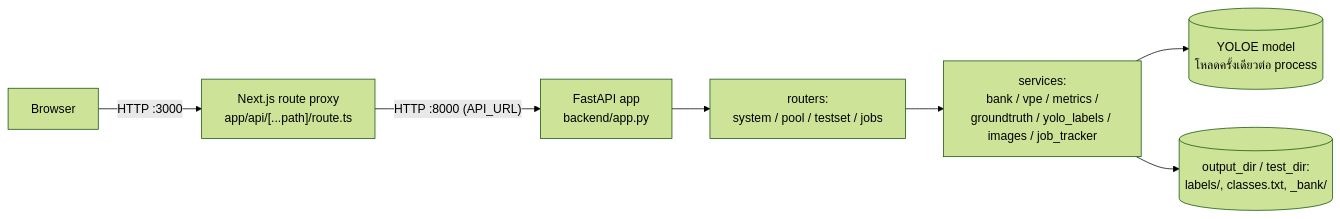
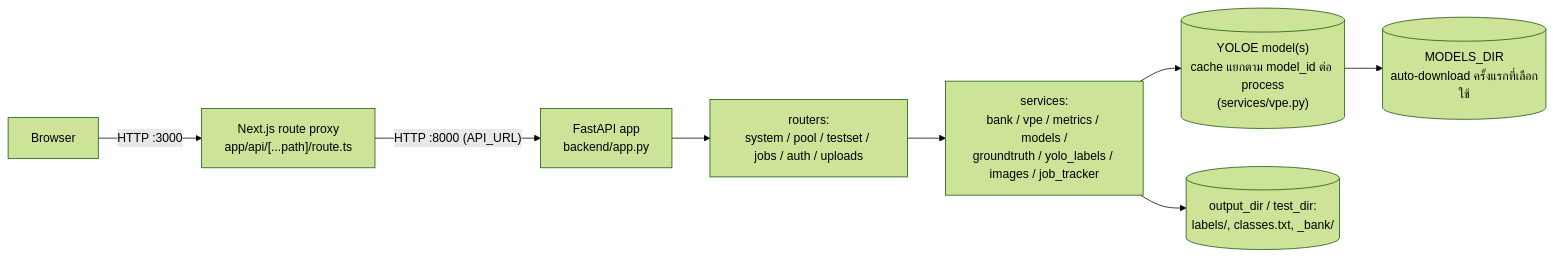
The diagram in docs/ARCHITECTURE.md (P-PrPas/CT-Flow), drawn with Mermaid (forest theme) before and after one commit. The commit also changed other lines of this file and 24 other files, not shown here.

````diff
--- a/docs/ARCHITECTURE.md
+++ b/docs/ARCHITECTURE.md
@@ -19,9 +19,10 @@
 ```mermaid
 flowchart LR
     Browser -->|"HTTP :3000"| Proxy["Next.js route proxy<br/>app/api/[...path]/route.ts"]
     Proxy -->|"HTTP :8000 (API_URL)"| API["FastAPI app<br/>backend/app.py"]
-    API --> Routers["routers:<br/>system / pool / testset / jobs"]
-    Routers --> Services["services:<br/>bank / vpe / metrics /<br/>groundtruth / yolo_labels / images / job_tracker"]
-    Services --> Model[("YOLOE model<br/>โหลดครั้งเดียวต่อ process")]
+    API --> Routers["routers:<br/>system / pool / testset / jobs / auth / uploads"]
+    Routers --> Services["services:<br/>bank / vpe / metrics / models /<br/>groundtruth / yolo_labels / images / job_tracker"]
+    Services --> Model[("YOLOE model(s)<br/>cache แยกตาม model_id ต่อ process<br/>(services/vpe.py)")]
+    Model --> Weights[("MODELS_DIR<br/>auto-download ครั้งแรกที่เลือกใช้")]
     Services --> Disk[("output_dir / test_dir:<br/>labels/, classes.txt, _bank/")]
 ```
````
